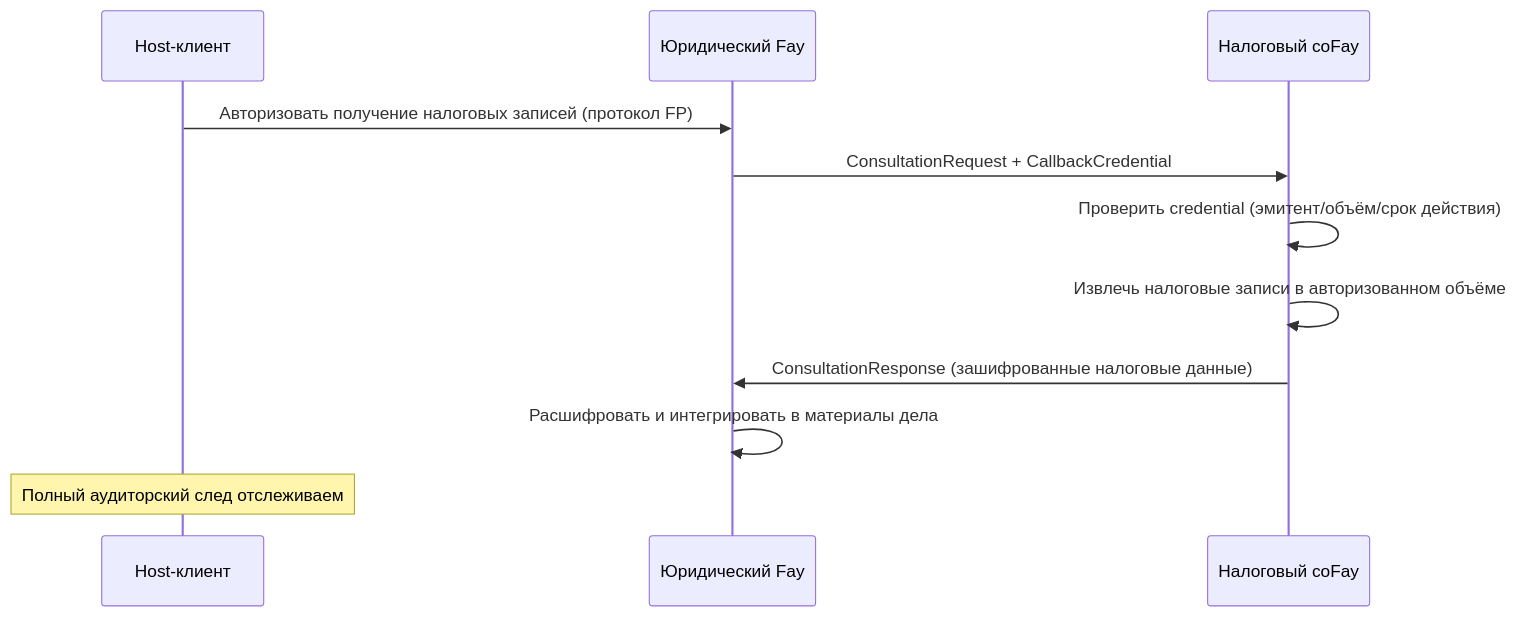
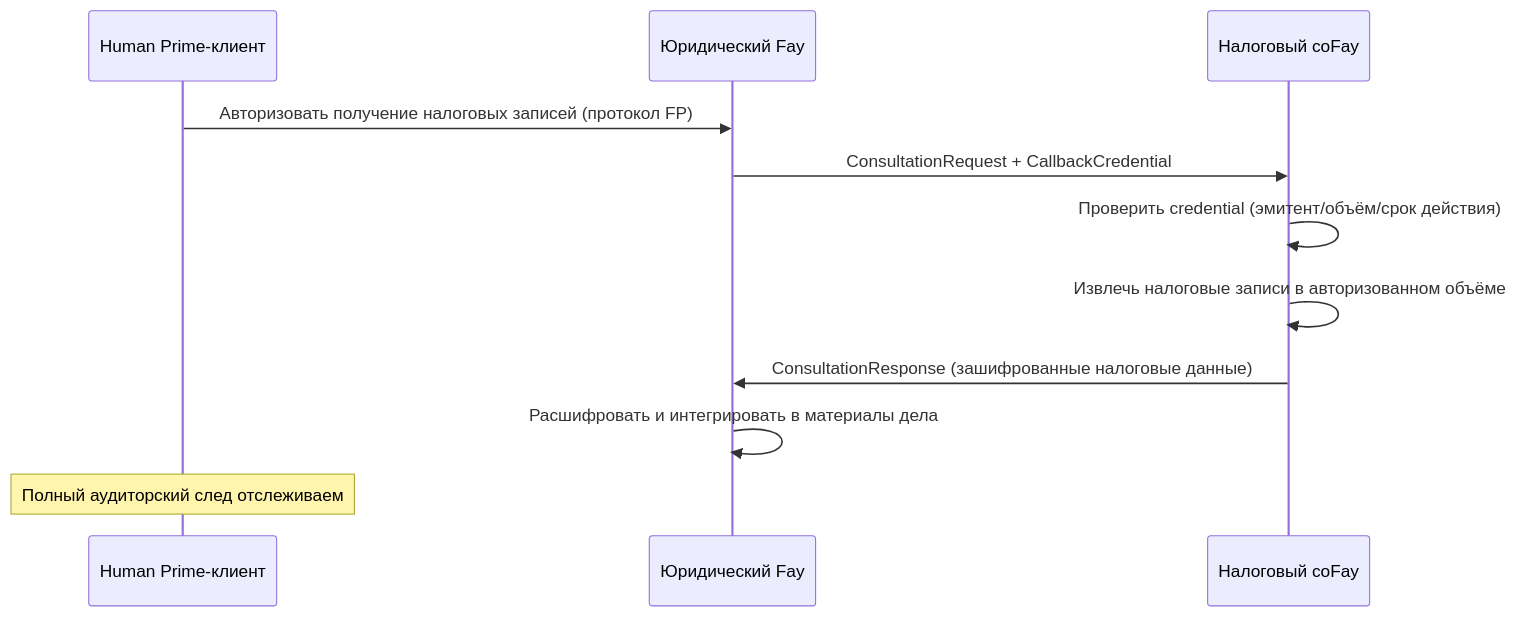
One commit to ChainModePilot/Telepathy-Protocol changed the third of 5 diagrams in docs/ru/blueprint/4-stsenarii-primeneniya.md. Above: the diagram before and after it, drawn with Mermaid. The commit also changed other lines of this file and 68 other files, not shown here.

First line of the commit message:
Use 'Human Prime' instead of 'Host' in blueprints

````diff
--- a/docs/ru/blueprint/4-stsenarii-primeneniya.md
+++ b/docs/ru/blueprint/4-stsenarii-primeneniya.md
@@ -84,14 +84,14 @@
 ```mermaid
 sequenceDiagram
-    participant C as Host-клиент
+    participant C as Human Prime-клиент
     participant LF as Юридический Fay
     participant TF as Налоговый coFay
 
     C->>LF: Авторизовать получение налоговых записей (протокол FP)
     LF->>TF: ConsultationRequest + CallbackCredential
     TF->>TF: Проверить credential (эмитент/объём/срок действия)
     TF->>TF: Извлечь налоговые записи в авторизованном объёме
     TF->>LF: ConsultationResponse (зашифрованные налоговые данные)
     LF->>LF: Расшифровать и интегрировать в материалы дела
     Note over C: Полный аудиторский след отслеживаем
 ```
````
